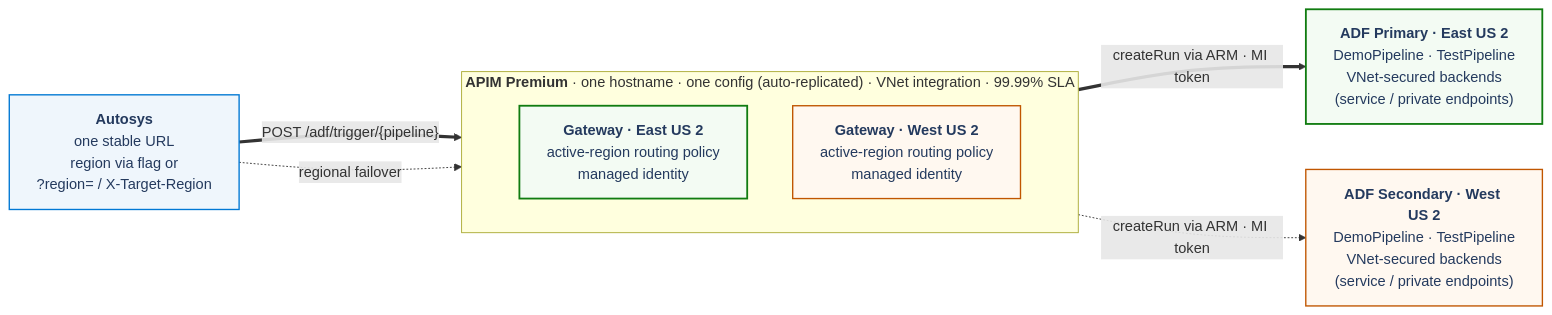
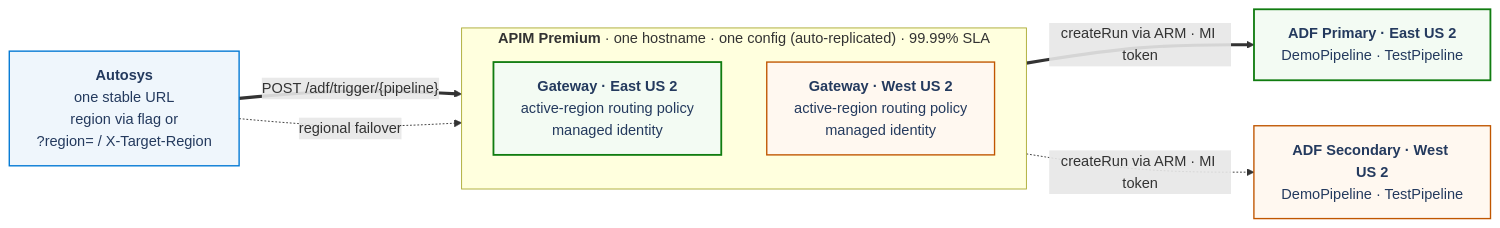
One commit to SpiffLabSquad/adf-dr-apim-demo changed the second of 2 diagrams in README.md. Above: the diagram before and after it, drawn with Mermaid. The commit also changed other lines of this file and 3 other files, not shown here.

First line of the commit message:
Simplify: drop VNet integration and service-endpoint details

````diff
--- a/README.md
+++ b/README.md
@@ -254,25 +253,25 @@
 ```mermaid
 flowchart LR
     AJ["<b>Autosys</b><br/>one stable URL<br/>region via flag or<br/>?region= / X-Target-Region"]
 
-    subgraph APIM["<b>APIM Premium</b> · one hostname · one config (auto-replicated) · VNet integration · 99.99% SLA"]
+    subgraph APIM["<b>APIM Premium</b> · one hostname · one config (auto-replicated) · 99.99% SLA"]
         direction TB
         GA["<b>Gateway · East US 2</b><br/>active-region routing policy<br/>managed identity"]
         GB["<b>Gateway · West US 2</b><br/>active-region routing policy<br/>managed identity"]
     end
 
-    FP["<b>ADF Primary · East US 2</b><br/>DemoPipeline · TestPipeline<br/>VNet-secured backends<br/>(service / private endpoints)"]
-    FS["<b>ADF Secondary · West US 2</b><br/>DemoPipeline · TestPipeline<br/>VNet-secured backends<br/>(service / private endpoints)"]
+    FP["<b>ADF Primary · East US 2</b><br/>DemoPipeline · TestPipeline"]
+    FS["<b>ADF Secondary · West US 2</b><br/>DemoPipeline · TestPipeline"]
 
     AJ ==>|"POST /adf/trigger/{pipeline}"| GA
     AJ -. "regional failover" .-> GB
     GA ==>|"createRun via ARM · MI token"| FP
     GB -. "createRun via ARM · MI token" .-> FS
 
     classDef active stroke:#107C10,stroke-width:2px,fill:#F3FBF3,color:#243A5E;
     classDef standby stroke:#C05600,stroke-width:1.5px,fill:#FFF8F0,color:#243A5E;
     classDef client stroke:#0078D4,stroke-width:1.5px,fill:#EFF6FC,color:#243A5E;
     class GA,FP active;
     class GB,FS standby;
     class AJ client;
 ```
````
